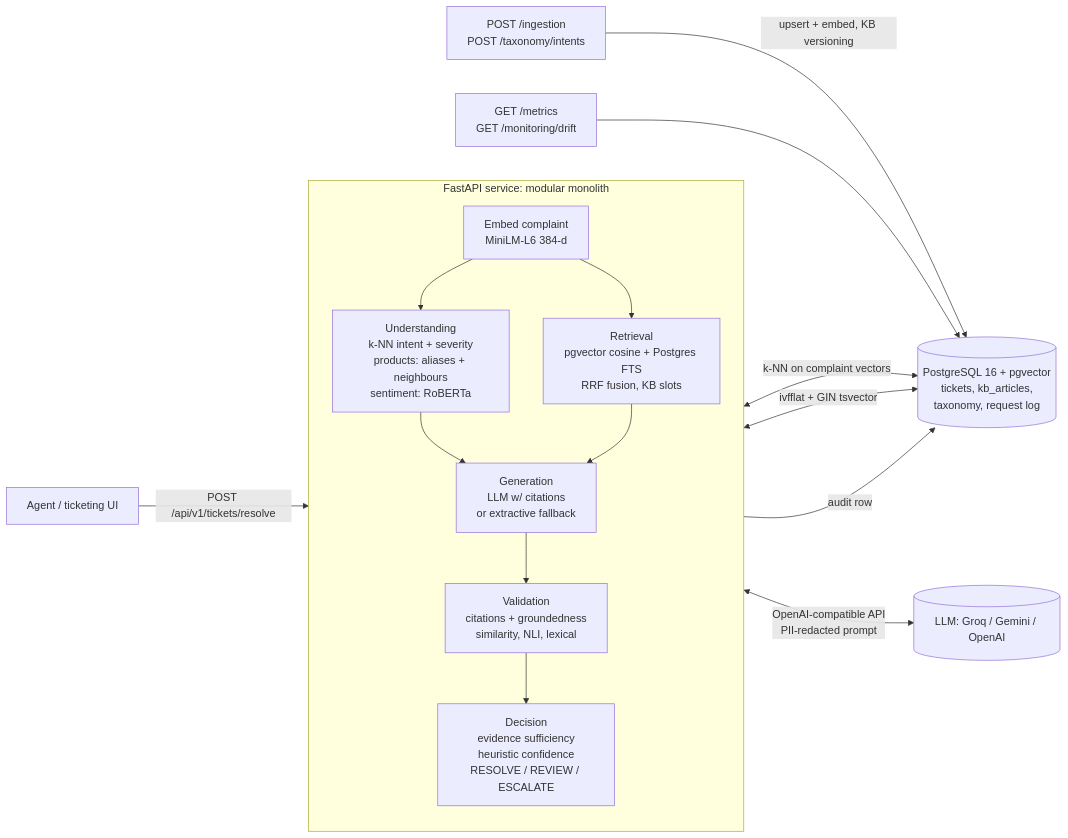
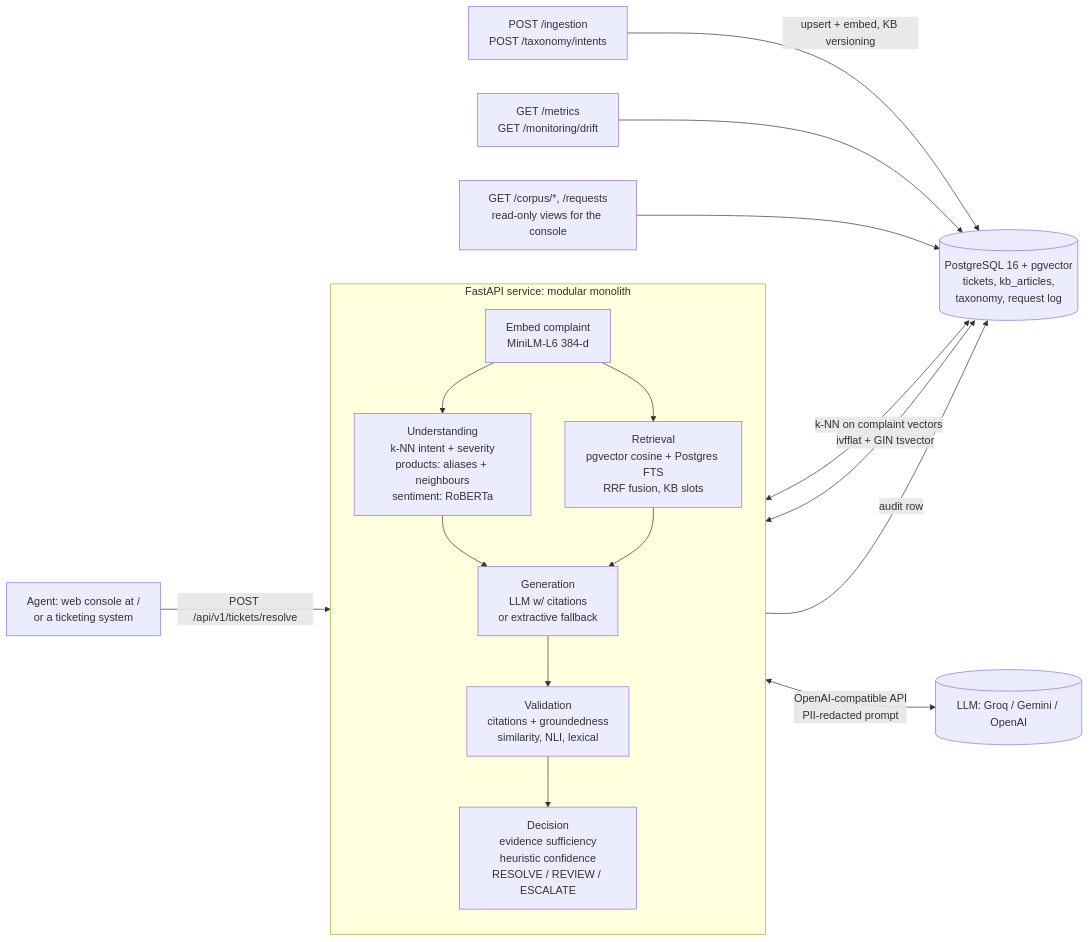
One commit to munish1303/Prodapt-Support-Ticket-Resolution changed the diagram in ARCHITECTURE.md. Above: the diagram before and after it, drawn with Mermaid. The commit also changed other lines of this file and 17 other files, not shown here.

First line of the commit message:
feat: web console and knowledge-base view

````diff
--- a/ARCHITECTURE.md
+++ b/ARCHITECTURE.md
@@ -23,22 +23,23 @@
 ```mermaid
 flowchart LR
-    A[Agent / ticketing UI] -->|POST /api/v1/tickets/resolve| API[FastAPI service]
+    A[Agent: web console at /<br/>or a ticketing system] -->|POST /api/v1/tickets/resolve| API[FastAPI service]
 
     subgraph API[FastAPI service: modular monolith]
         direction TB
         E[Embed complaint<br/>MiniLM-L6 384-d] --> U & R
         U[Understanding<br/>k-NN intent + severity<br/>products: aliases + neighbours<br/>sentiment: RoBERTa]
         R[Retrieval<br/>pgvector cosine + Postgres FTS<br/>RRF fusion, KB slots]
         U --> G
         R --> G[Generation<br/>LLM w/ citations<br/>or extractive fallback]
         G --> V[Validation<br/>citations + groundedness<br/>similarity, NLI, lexical]
         V --> D[Decision<br/>evidence sufficiency<br/>heuristic confidence<br/>RESOLVE / REVIEW / ESCALATE]
     end
 
     U <-->|k-NN on complaint vectors| PG[(PostgreSQL 16 + pgvector<br/>tickets, kb_articles,<br/>taxonomy, request log)]
     R <-->|ivfflat + GIN tsvector| PG
     G <-->|OpenAI-compatible API<br/>PII-redacted prompt| LLM[(LLM: Groq / Gemini / OpenAI)]
     D -->|audit row| PG
     ING[POST /ingestion<br/>POST /taxonomy/intents] -->|upsert + embed, KB versioning| PG
     MON[GET /metrics<br/>GET /monitoring/drift] --> PG
+    KBV[GET /corpus/*, /requests<br/>read-only views for the console] --> PG
 ```
````
